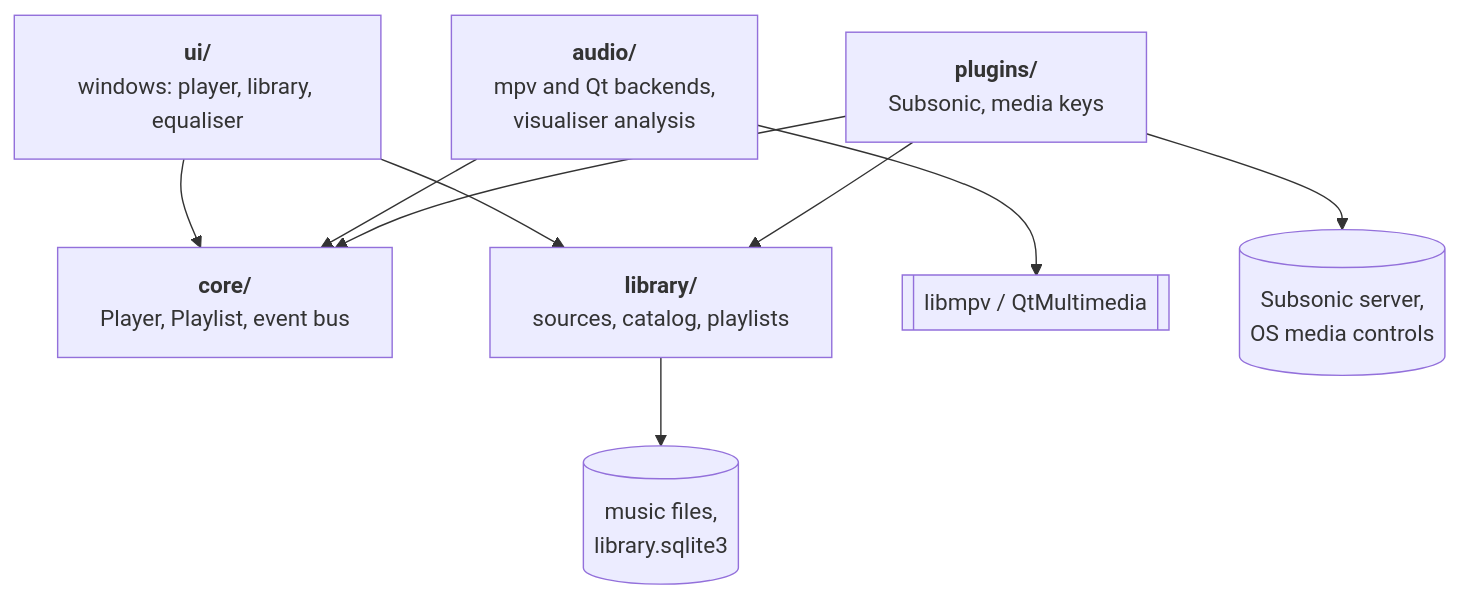
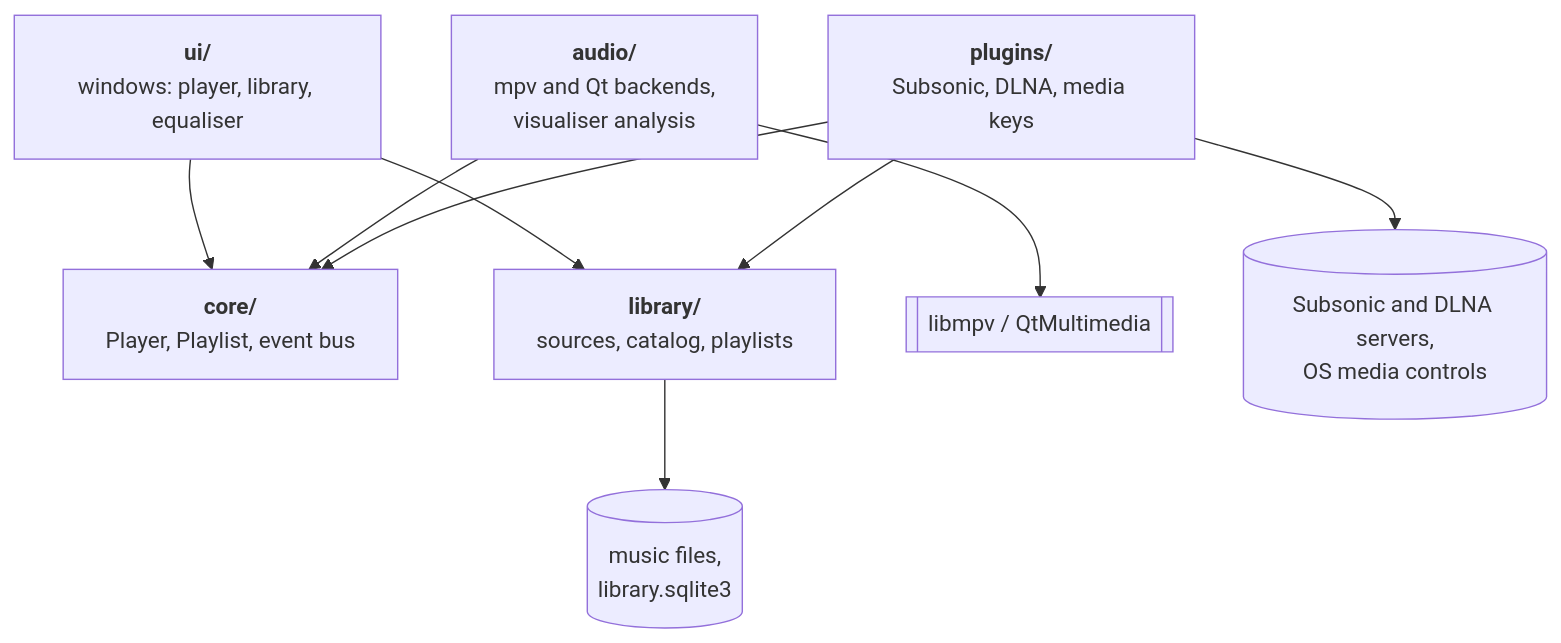
One commit to kamranzafar/pyamp changed the diagram in README.md. Above: the diagram before and after it, drawn with Mermaid. The commit also changed other lines of this file and 11 other files, not shown here.

Commit message:
Add a DLNA/UPnP media servers plugin

````diff
--- a/README.md
+++ b/README.md
@@ -349,18 +374,18 @@
 ```mermaid
 flowchart TB
     ui["<b>ui/</b><br/>windows: player, library, equaliser"]
     core["<b>core/</b><br/>Player, Playlist, event bus"]
     audio["<b>audio/</b><br/>mpv and Qt backends,<br/>visualiser analysis"]
     library["<b>library/</b><br/>sources, catalog, playlists"]
-    plugins["<b>plugins/</b><br/>Subsonic, media keys"]
+    plugins["<b>plugins/</b><br/>Subsonic, DLNA, media keys"]
 
     ui --> core
     ui --> library
     audio --> core
     plugins --> core
     plugins --> library
 
     audio --> engines[["libmpv / QtMultimedia"]]
     library --> data[("music files,<br/>library.sqlite3")]
-    plugins --> remote[("Subsonic server,<br/>OS media controls")]
+    plugins --> remote[("Subsonic and DLNA servers,<br/>OS media controls")]
 ```
````
